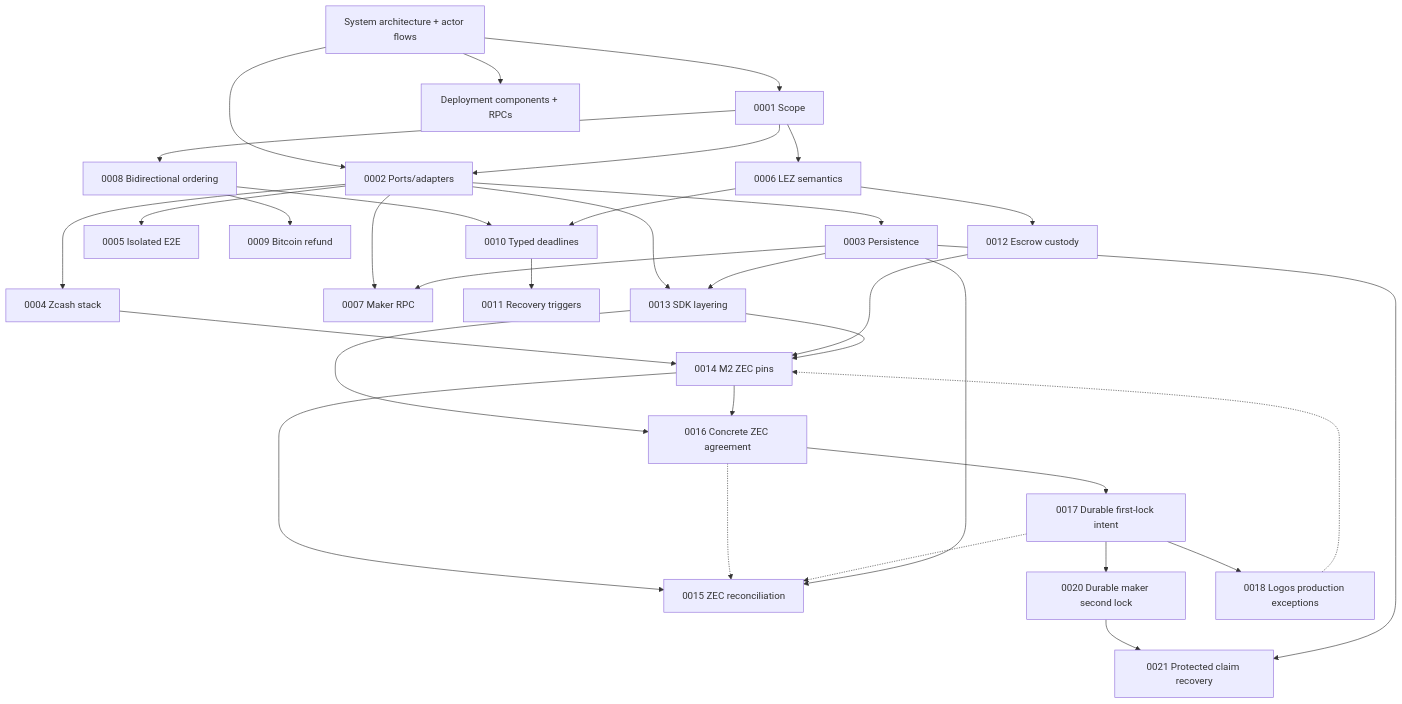
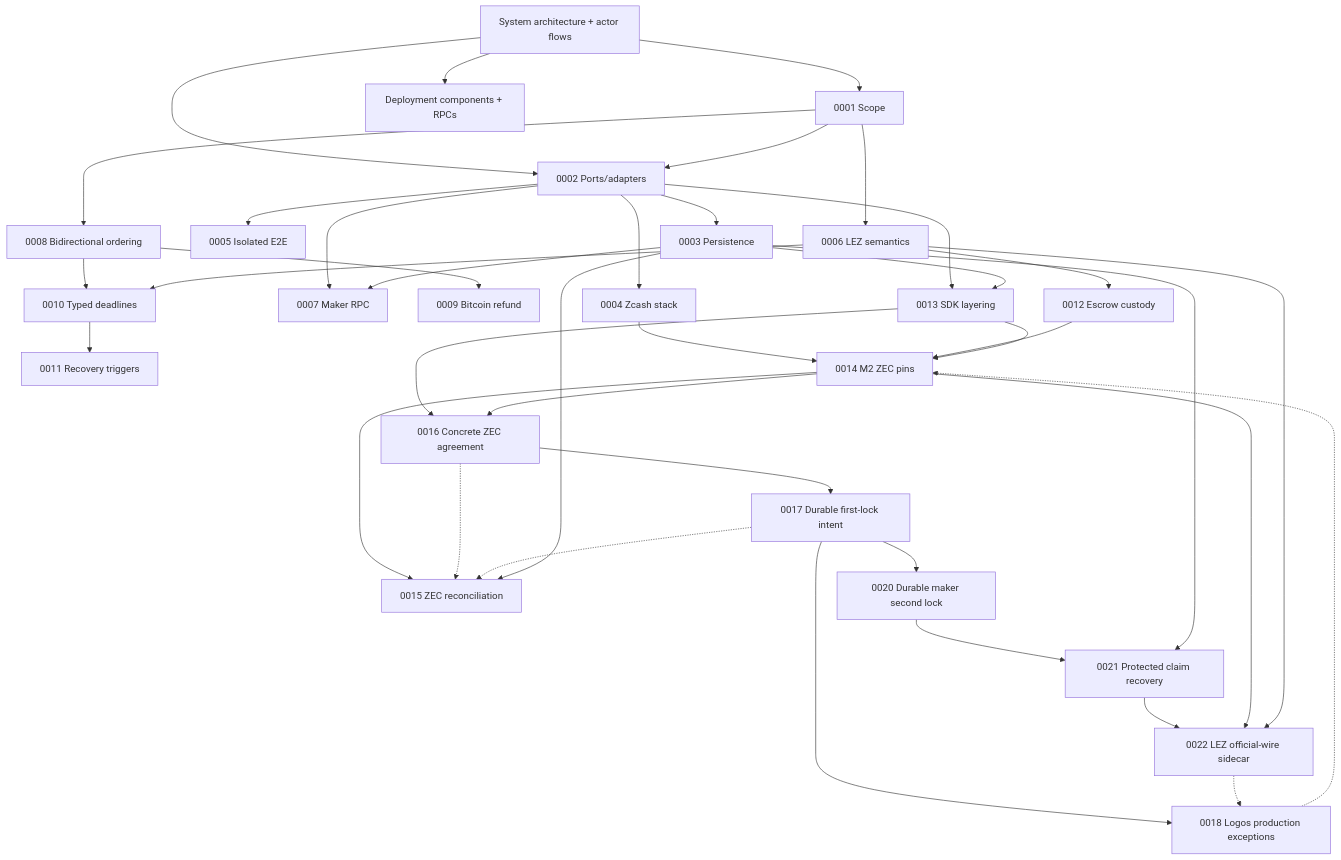
Before and after one commit to gateway-fm/lez-atomic-swaps: the diagram in docs/architecture/README.md, drawn with Mermaid. The commit also changed other lines of this file and 6 other files, not shown here.

Commit message:
docs: isolate incompatible LEZ wire integration

````diff
--- a/docs/architecture/README.md
+++ b/docs/architecture/README.md
@@ -25,36 +25,40 @@
 ```mermaid
 flowchart TB
     System["System architecture + actor flows"] --> Scope["0001 Scope"]
     System --> Deployment["Deployment components + RPCs"]
     System --> Ports["0002 Ports/adapters"]
     Scope --> Ports
     Ports --> Persistence["0003 Persistence"]
     Ports --> Zcash["0004 Zcash stack"]
     Ports --> Docker["0005 Isolated E2E"]
     Scope --> LEZ["0006 LEZ semantics"]
     Ports --> RPC["0007 Maker RPC"]
     Scope --> Direction["0008 Bidirectional ordering"]
     Direction --> Bitcoin["0009 Bitcoin refund"]
     Direction --> Deadlines["0010 Typed deadlines"]
     LEZ --> Deadlines
     Deadlines --> Recovery["0011 Recovery triggers"]
     LEZ --> Custody["0012 Escrow custody"]
     Ports --> SDK["0013 SDK layering"]
     Zcash --> ZecPins["0014 M2 ZEC pins"]
     Custody --> ZecPins
     SDK --> ZecPins
     ZecPins --> ZecReconcile["0015 ZEC reconciliation"]
     SDK --> Agreement["0016 Concrete ZEC agreement"]
     Agreement --> FirstLock["0017 Durable first-lock intent"]
     FirstLock --> MakerLock["0020 Durable maker second lock"]
     MakerLock --> ClaimRecovery["0021 Protected claim recovery"]
+    ClaimRecovery --> LezSidecar["0022 LEZ official-wire sidecar"]
+    ZecPins --> LezSidecar
+    LEZ --> LezSidecar
     ZecPins --> Agreement
     Agreement -.-> ZecReconcile
     FirstLock -.-> ZecReconcile
     FirstLock --> Upstream["0018 Logos production exceptions"]
     Upstream -.-> ZecPins
     Persistence --> ZecReconcile
     Persistence --> SDK
     Persistence --> RPC
     Persistence --> ClaimRecovery
+    LezSidecar -.-> Upstream
 ```
````
